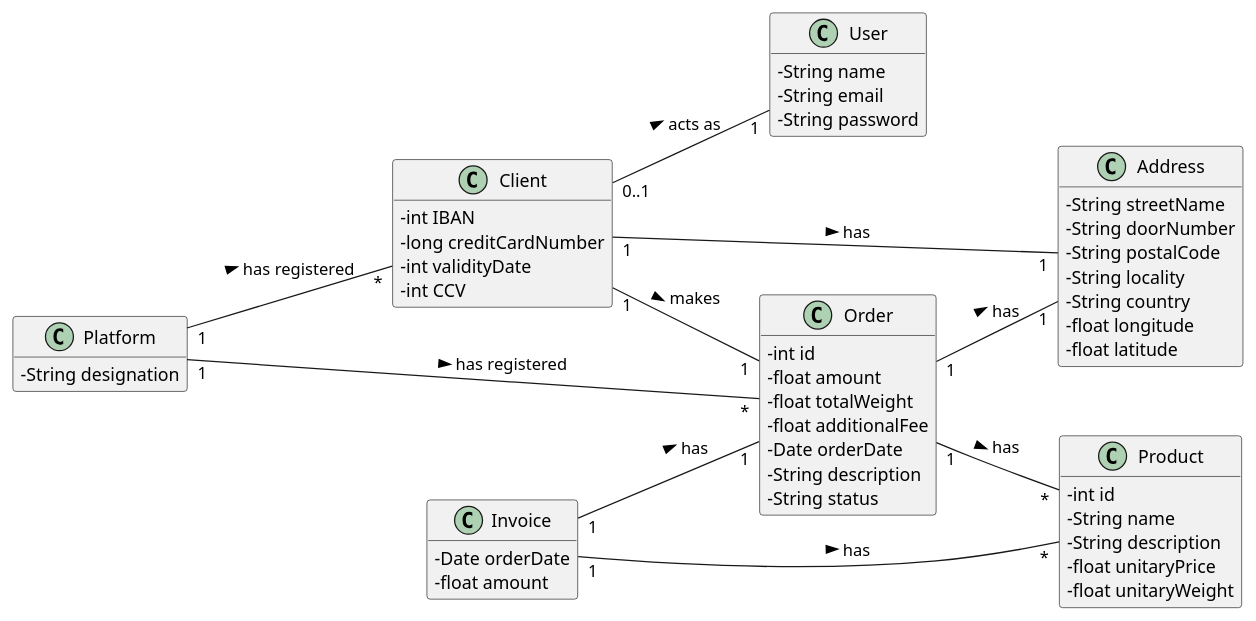
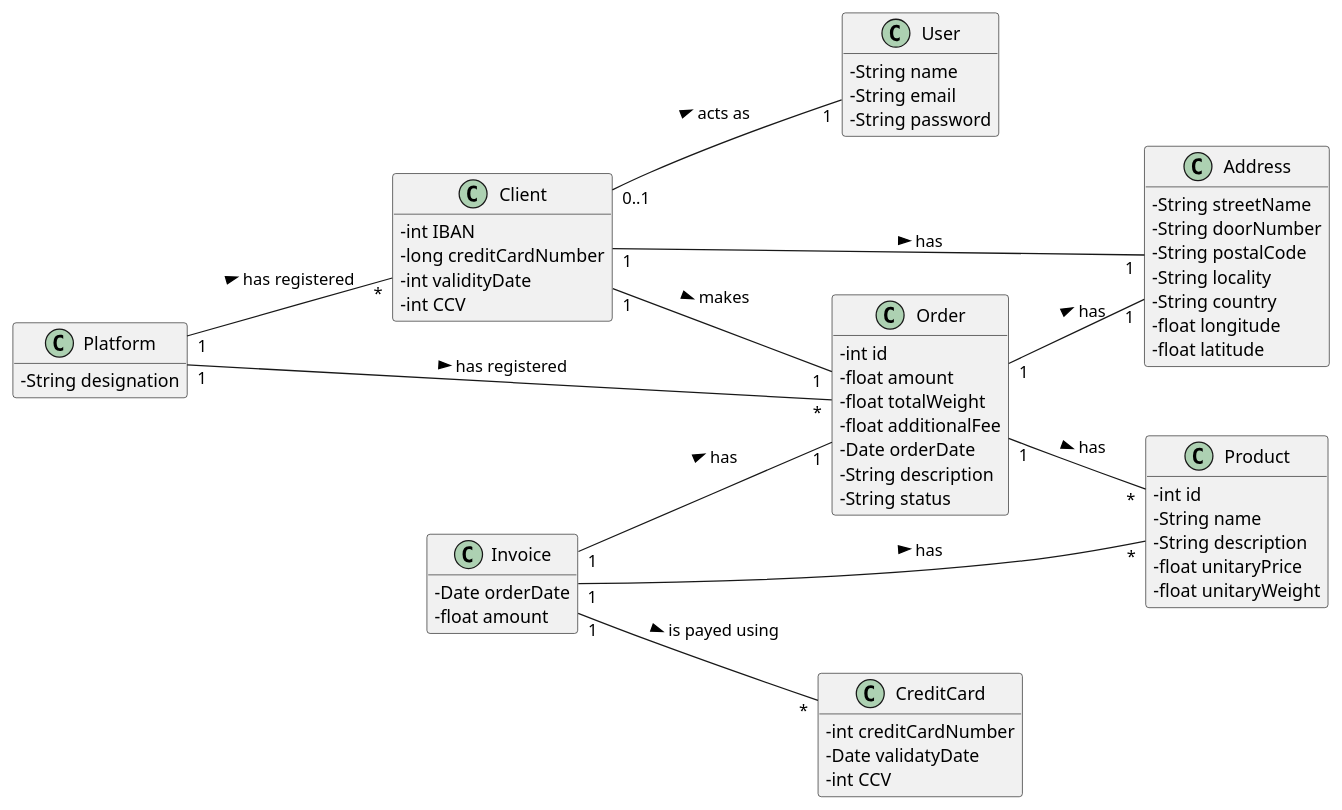
The diagram in docs/Iteration 1/Make An Order/US26_ReceiveInvoice/US26_DM.puml (tiagoavcosta25/LAPR3), drawn with PlantUML before and after one commit. The commit also changed 2 other files, not shown here.

Commit message:
LAPR2AP2-26 #developing Receive Invoice [Design]

```diff
--- a/docs/Iteration 1/Make An Order/US26_ReceiveInvoice/US26_DM.puml
+++ b/docs/Iteration 1/Make An Order/US26_ReceiveInvoice/US26_DM.puml
@@ -1,64 +1,71 @@
 @startuml
 skinparam classAttributeIconSize 0
 hide methods
 left to right direction
 
 class Platform {
 -   String designation
 }
 class Client{
 -   int IBAN
 -   long creditCardNumber
 -   int validityDate
 -   int CCV
 }
 
 class User{
 -   String name
 -   String email
 -   String password
 }
 
 class Address{
 -   String streetName
 -   String doorNumber
 -   String postalCode
 -   String locality
 -   String country
 -   float longitude
 -   float latitude
 }
 
 class Order{
 -   int id
 -   float amount
 -   float totalWeight
 -   float additionalFee
 -   Date orderDate
 -   String description
 -   String status
 }
 
 class Product{
 -   int id
 -   String name
 -   String description
 -   float unitaryPrice
 -   float unitaryWeight
 }
 
 class Invoice{
 -   Date orderDate
 -   float amount
 }
 
+class CreditCard{
+-   int creditCardNumber
+-   Date validatyDate
+-   int CCV
+}
+
 Platform "1" -- "*" Client : has registered >
 Platform "1" -- "*" Order : has registered >
 Order "1" -- "*" Product : has >
 Client "0..1" -- "1" User: acts as >
 Client "1" -- "1" Order : makes >
 Client "1" -- "1" Address : has >
 Order "1" -- "1" Address : has >
 Invoice "1" -- "1" Order : has >
 Invoice "1" -- "*" Product : has >
+Invoice "1" -- "*" CreditCard : is payed using >
 @enduml
```
